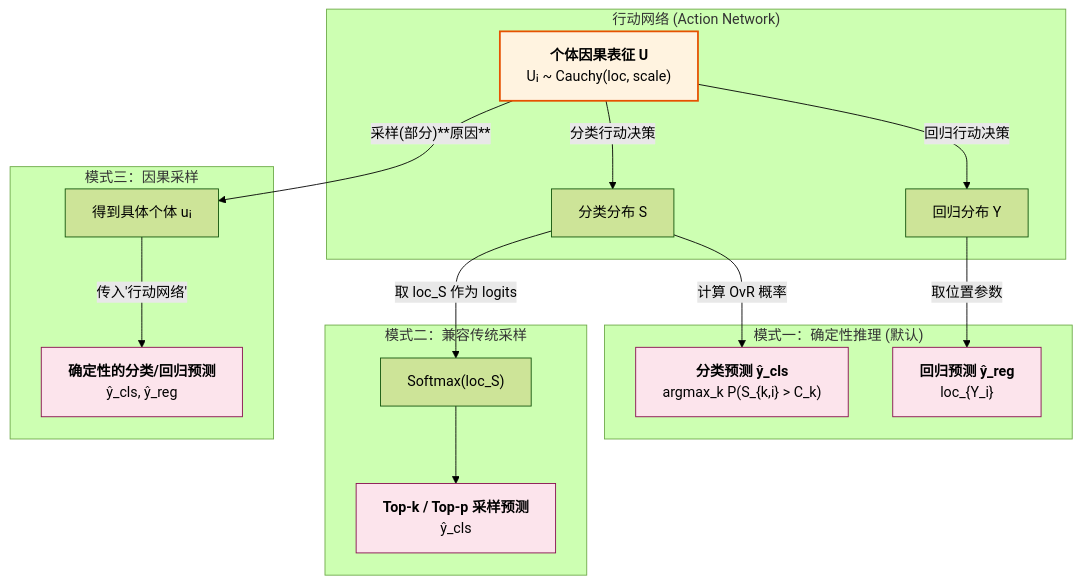
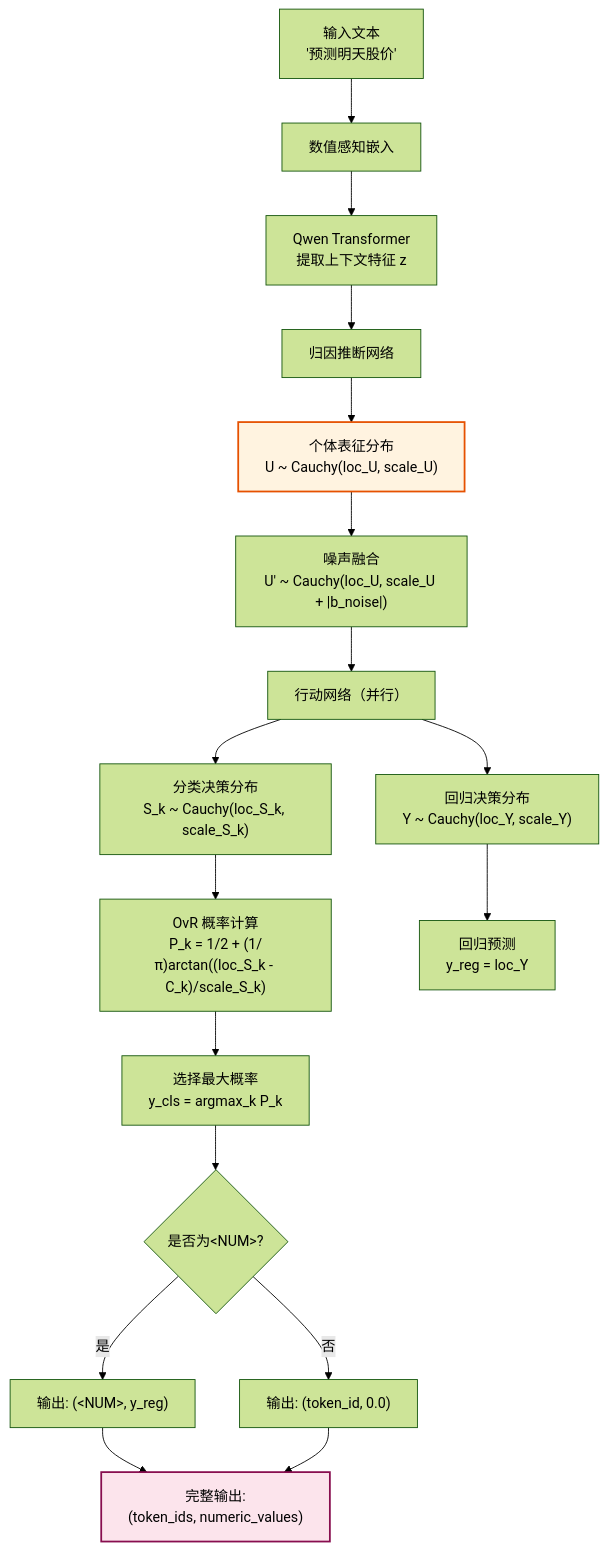
Before and after one commit to 1587causalai/CausalQwen: the first of 7 diagrams in docs/math_deep_dive/02_inference.md, drawn with Mermaid (forest theme). The commit also changed other lines of this file and 2 other files, not shown here.

````diff
--- a/docs/math_deep_dive/02_inference.md
+++ b/docs/math_deep_dive/02_inference.md
@@ -132,29 +31,30 @@
 ```mermaid
-graph TD
-    A["<b>个体因果表征 U</b><br>Uᵢ ~ Cauchy(loc, scale)"];
-
-    subgraph "行动网络 (Action Network)"
-        A -- "分类行动决策" --> B["分类分布 S"];
-        A -- "回归行动决策" --> C["回归分布 Y"];
-    end
-
-    subgraph "模式一：确定性推理 (默认)"
-        B -- "计算 OvR 概率" --> D["<b>分类预测 ŷ_cls </b><br> argmax_k P(S_{k,i} > C_k)"];
-        C -- "取位置参数" --> E["<b>回归预测 ŷ_reg </b><br> loc_{Y_i}"];
-    end
-    subgraph "模式二：兼容传统采样"
-        B -- "取 loc_S 作为 logits" --> H["Softmax(loc_S)"];
-        H --> I["<b>Top-k / Top-p 采样预测</b> <br> ŷ_cls"];
-    end
-
-    subgraph "模式三：因果采样"
-        A -- "采样(部分)**原因**" --> F["得到具体个体 uᵢ"];
-        F -- "传入'行动网络'" --> G["<b>确定性的分类/回归预测</b> <br> ŷ_cls, ŷ_reg"];
-    end
-
-    style A fill:#fff3e0,stroke:#e65100,stroke-width:2px
-    style D fill:#fce4ec,stroke:#880e4f
-    style E fill:#fce4ec,stroke:#880e4f
-    style G fill:#fce4ec,stroke:#880e4f
-    style I fill:#fce4ec,stroke:#880e4f
+graph TB
+    Start["输入文本<br>'预测明天股价'"] --> Embed["数值感知嵌入"]
+    Embed --> Qwen["Qwen Transformer<br>提取上下文特征 z"]
+    Qwen --> Abduction["归因推断网络"]
+    
+    Abduction --> U["个体表征分布<br>U ~ Cauchy(loc_U, scale_U)"]
+    
+    U --> Noise["噪声融合<br>U' ~ Cauchy(loc_U, scale_U + |b_noise|)"]
+    
+    Noise --> Action["行动网络（并行）"]
+    
+    Action --> ClassDist["分类决策分布<br>S_k ~ Cauchy(loc_S_k, scale_S_k)"]
+    Action --> RegDist["回归决策分布<br>Y ~ Cauchy(loc_Y, scale_Y)"]
+    
+    ClassDist --> OvR["OvR 概率计算<br>P_k = 1/2 + (1/π)arctan((loc_S_k - C_k)/scale_S_k)"]
+    RegDist --> RegPred["回归预测<br>y_reg = loc_Y"]
+    
+    OvR --> ArgMax["选择最大概率<br>y_cls = argmax_k P_k"]
+    
+    ArgMax --> Decision{是否为&lt;NUM&gt;?}
+    Decision -->|是| NumOutput["输出: (&lt;NUM&gt;, y_reg)"]
+    Decision -->|否| TextOutput["输出: (token_id, 0.0)"]
+    
+    NumOutput --> FinalOutput["完整输出:<br>(token_ids, numeric_values)"]
+    TextOutput --> FinalOutput
+    
+    style U fill:#fff3e0,stroke:#e65100,stroke-width:2px
+    style FinalOutput fill:#fce4ec,stroke:#880e4f,stroke-width:2px
 ```
````
